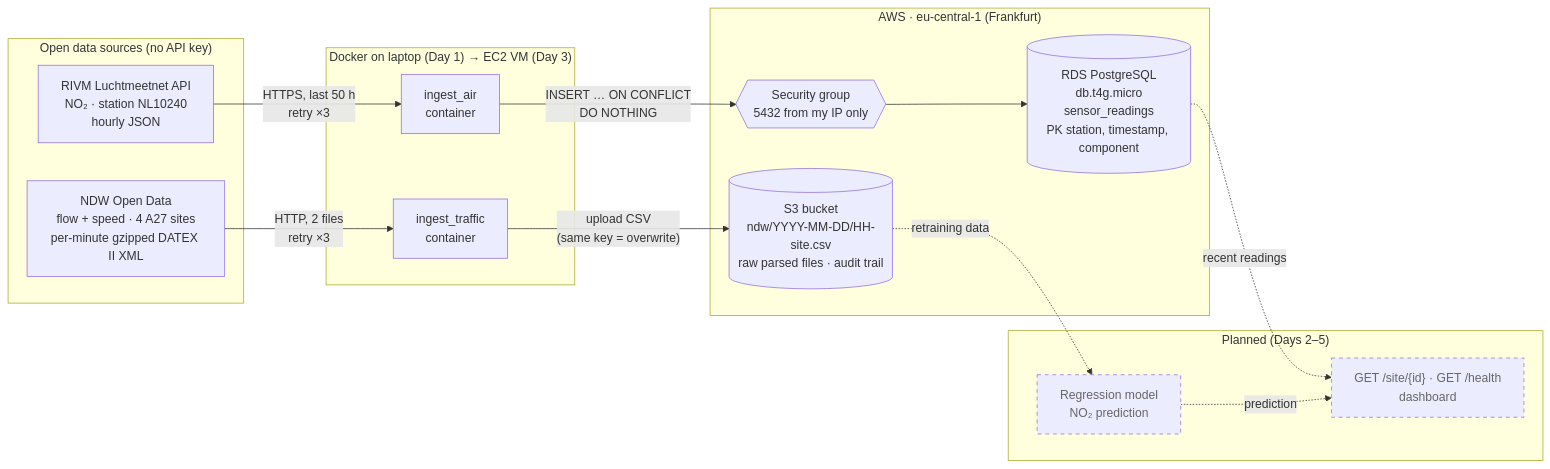
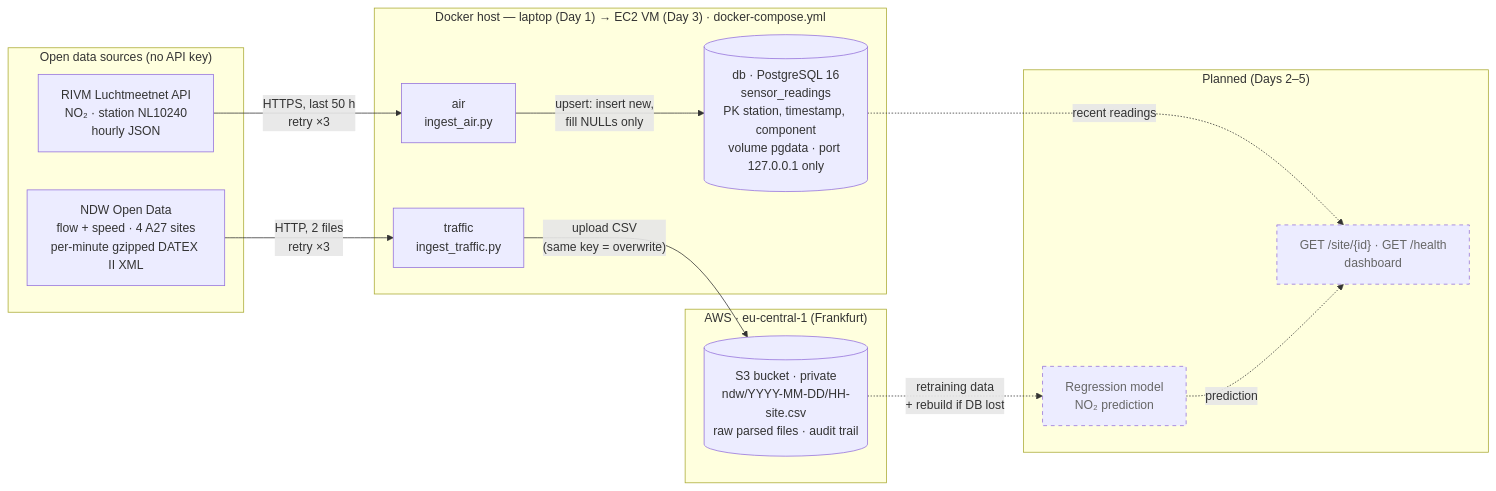
Before and after one commit to GabrielJukema233172/airbreda: the diagram in docs/diagrams/day1-architecture.mmd, drawn with Mermaid. The commit also changed 13 other files, not shown here.

```diff
--- a/docs/diagrams/day1-architecture.mmd
+++ b/docs/diagrams/day1-architecture.mmd
@@ -1,32 +1,31 @@
 flowchart LR
     subgraph SRC["Open data sources (no API key)"]
         LMN["RIVM Luchtmeetnet API<br/>NO₂ · station NL10240<br/>hourly JSON"]
         NDW["NDW Open Data<br/>flow + speed · 4 A27 sites<br/>per-minute gzipped DATEX II XML"]
     end
 
-    subgraph LAPTOP["Docker on laptop (Day 1) → EC2 VM (Day 3)"]
-        AIR["ingest_air<br/>container"]
-        TRF["ingest_traffic<br/>container"]
+    subgraph HOST["Docker host — laptop (Day 1) → EC2 VM (Day 3) · docker-compose.yml"]
+        AIR["air<br/>ingest_air.py"]
+        TRF["traffic<br/>ingest_traffic.py"]
+        DB[("db · PostgreSQL 16<br/>sensor_readings<br/>PK station, timestamp, component<br/>volume pgdata · port 127.0.0.1 only")]
     end
 
     subgraph AWS["AWS · eu-central-1 (Frankfurt)"]
-        SG{{"Security group<br/>5432 from my IP only"}}
-        RDS[("RDS PostgreSQL<br/>db.t4g.micro<br/>sensor_readings<br/>PK station, timestamp, component")]
-        S3[("S3 bucket<br/>ndw/YYYY-MM-DD/HH-site.csv<br/>raw parsed files · audit trail")]
+        S3[("S3 bucket · private<br/>ndw/YYYY-MM-DD/HH-site.csv<br/>raw parsed files · audit trail")]
     end
 
     subgraph LATER["Planned (Days 2–5)"]
         ML["Regression model<br/>NO₂ prediction"]
         APIDASH["GET /site/{id} · GET /health<br/>dashboard"]
     end
 
     LMN -- "HTTPS, last 50 h<br/>retry ×3" --> AIR
     NDW -- "HTTP, 2 files<br/>retry ×3" --> TRF
-    AIR -- "INSERT … ON CONFLICT<br/>DO NOTHING" --> SG --> RDS
+    AIR -- "upsert: insert new,<br/>fill NULLs only" --> DB
     TRF -- "upload CSV<br/>(same key = overwrite)" --> S3
-    S3 -. "retraining data" .-> ML
-    RDS -. "recent readings" .-> APIDASH
+    S3 -. "retraining data<br/>+ rebuild if DB lost" .-> ML
+    DB -. "recent readings" .-> APIDASH
     ML -. "prediction" .-> APIDASH
 
     classDef planned stroke-dasharray: 5 5,color:#666;
     class ML,APIDASH planned
```
